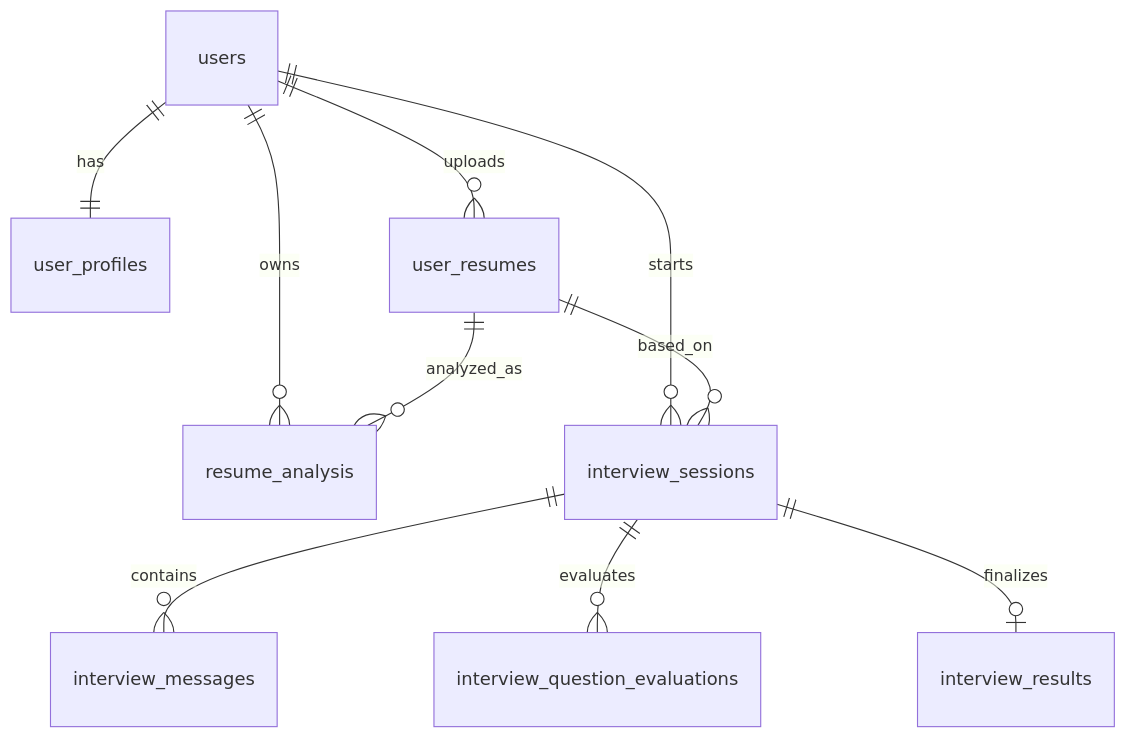
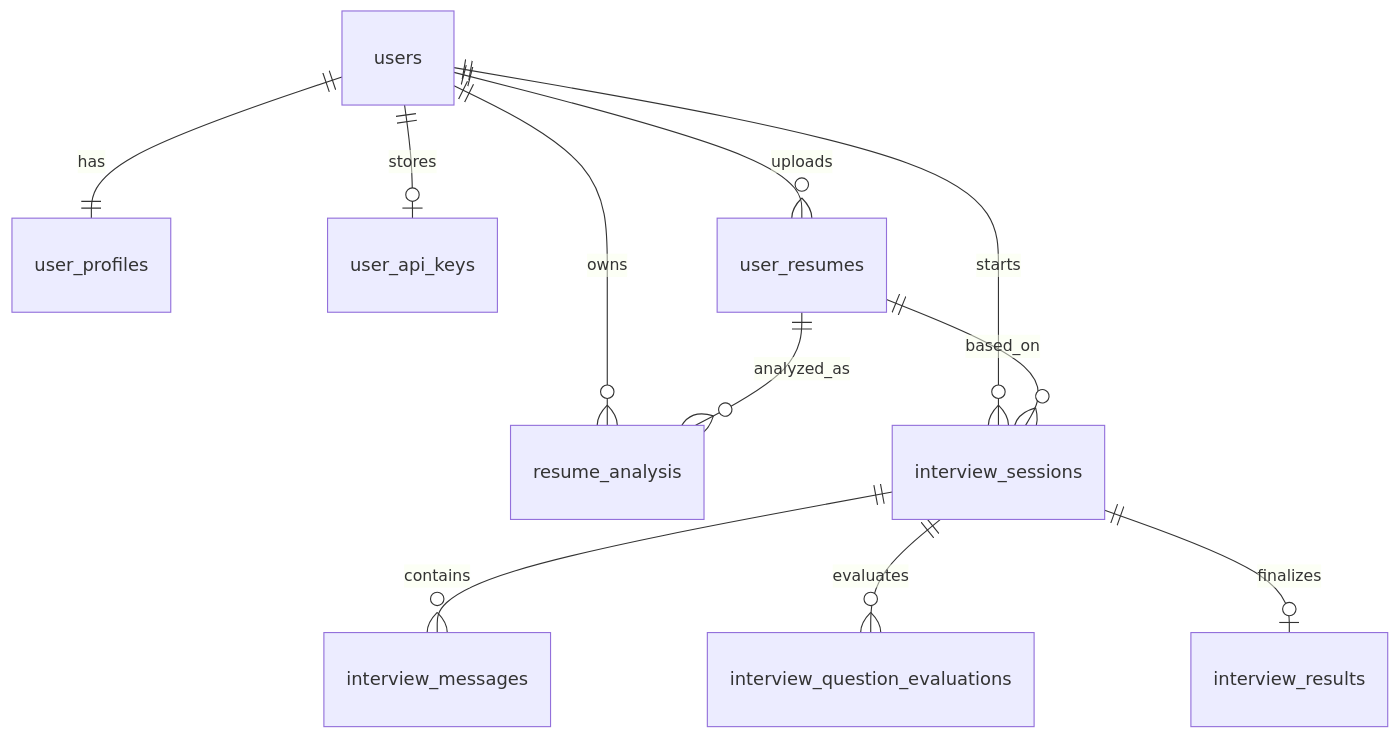
The diagram in docs/database.md (bhavik-sorathiya/SkillWise), drawn with Mermaid before and after one commit. The commit also changed other lines of this file and 6 other files, not shown here.

Commit message:
Updated system documentation for new architecture

````diff
--- a/docs/database.md
+++ b/docs/database.md
@@ -11,13 +11,14 @@
 ```mermaid
 erDiagram
   users ||--|| user_profiles : has
+  users ||--o| user_api_keys : stores
   users ||--o{ user_resumes : uploads
   users ||--o{ resume_analysis : owns
   user_resumes ||--o{ resume_analysis : analyzed_as
 
   users ||--o{ interview_sessions : starts
   user_resumes ||--o{ interview_sessions : based_on
   interview_sessions ||--o{ interview_messages : contains
   interview_sessions ||--o{ interview_question_evaluations : evaluates
   interview_sessions ||--o| interview_results : finalizes
 ```
````
